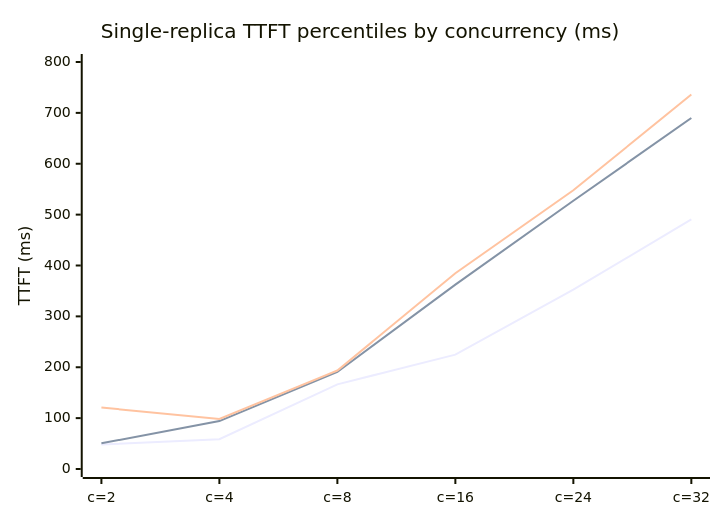
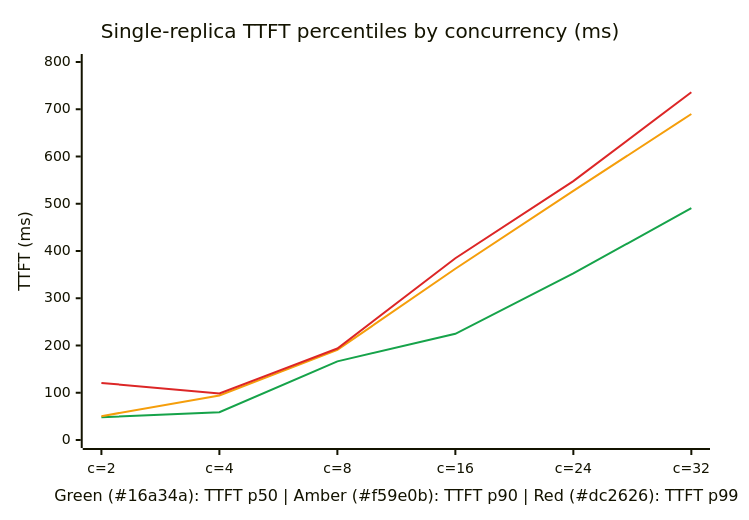
One commit to gpustack/gpustack-operator changed the fifth of 9 diagrams in docs/modules/model-deployment/scaling-benchmark.md. Above: the diagram before and after it, drawn with Mermaid. The commit also changed other lines of this file, not shown here.

Commit message:
docs(scaling): add explicit plotColorPalette and color legends to xychart-beta diagrams

````diff
--- a/docs/modules/model-deployment/scaling-benchmark.md
+++ b/docs/modules/model-deployment/scaling-benchmark.md
@@ -307,9 +311,10 @@
 ```mermaid
+%%{init: {"themeVariables": {"xyChart": {"plotColorPalette": "#16a34a, #f59e0b, #dc2626"}}}}%%
 xychart-beta
     title "Single-replica TTFT percentiles by concurrency (ms)"
-    x-axis ["c=2", "c=4", "c=8", "c=16", "c=24", "c=32"]
+    x-axis "Green (#16a34a): TTFT p50 | Amber (#f59e0b): TTFT p90 | Red (#dc2626): TTFT p99" ["c=2", "c=4", "c=8", "c=16", "c=24", "c=32"]
     y-axis "TTFT (ms)" 0 --> 800
-    line [48.084, 58.658, 166.364, 224.723, 352.587, 490.591]
-    line [50.489, 94.228, 190.725, 362.343, 527.173, 689.956]
-    line [120.712, 98.486, 193.563, 384.708, 547.8, 736.115]
+    line "TTFT p50" [48.084, 58.658, 166.364, 224.723, 352.587, 490.591]
+    line "TTFT p90" [50.489, 94.228, 190.725, 362.343, 527.173, 689.956]
+    line "TTFT p99" [120.712, 98.486, 193.563, 384.708, 547.8, 736.115]
 ```
````
